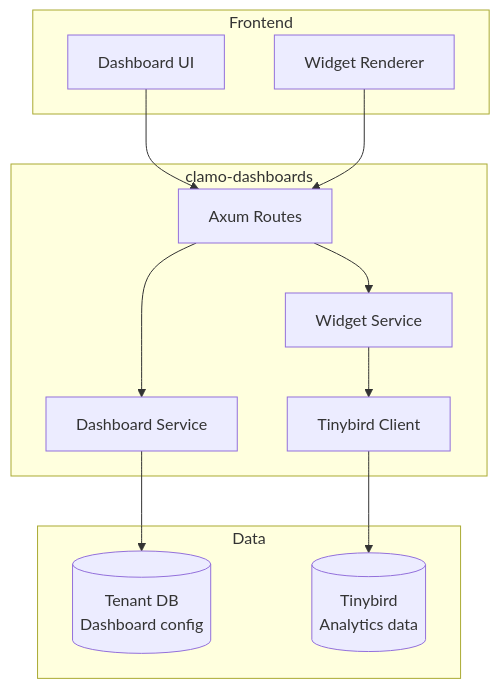
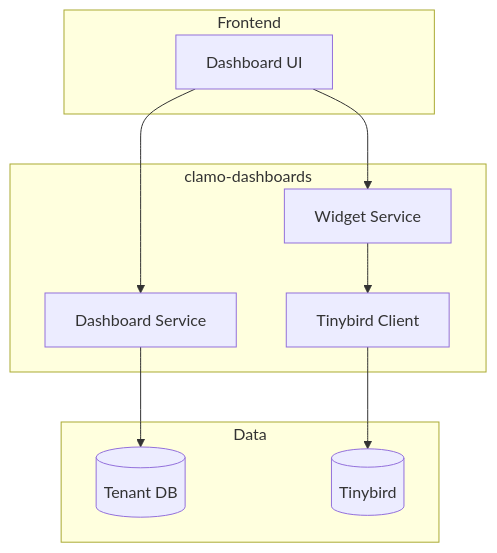
The diagram in en/services/clamo-dashboards.mdx (GetClamo/docs), drawn with Mermaid before and after one commit. The commit also changed other lines of this file and 93 other files, not shown here.

````diff
--- a/en/services/clamo-dashboards.mdx
+++ b/en/services/clamo-dashboards.mdx
@@ -22,27 +20,23 @@
 ```mermaid
 flowchart TB
     subgraph Frontend [Frontend]
         DashboardUI[Dashboard UI]
-        WidgetRenderer[Widget Renderer]
     end
-    
+
     subgraph API [clamo-dashboards]
-        Routes[Axum Routes]
         DashboardService[Dashboard Service]
         WidgetService[Widget Service]
         TinybirdClient[Tinybird Client]
     end
-    
+
     subgraph Data [Data]
-        TenantDB[(Tenant DB<br/>Dashboard config)]
-        Tinybird[(Tinybird<br/>Analytics data)]
+        TenantDB[(Tenant DB)]
+        Tinybird[(Tinybird)]
     end
-    
-    DashboardUI --> Routes
-    WidgetRenderer --> Routes
-    Routes --> DashboardService
-    Routes --> WidgetService
+
+    DashboardUI --> DashboardService
+    DashboardUI --> WidgetService
     DashboardService --> TenantDB
     WidgetService --> TinybirdClient
     TinybirdClient --> Tinybird
 ```
````
